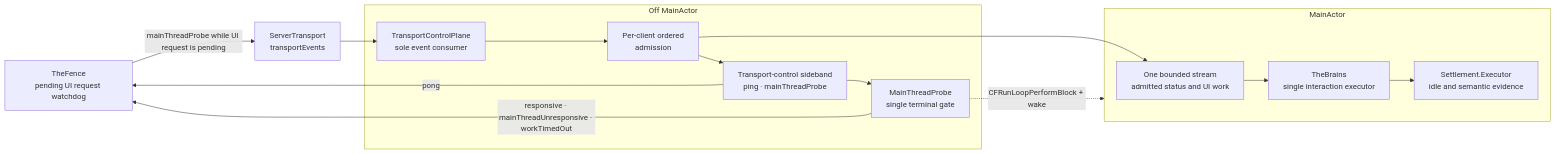
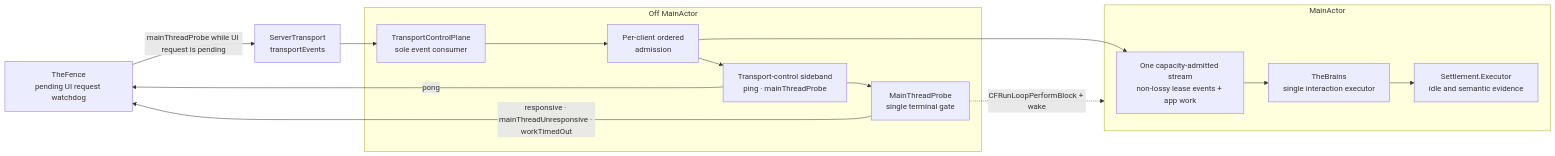
The first of 2 diagrams in docs/diagrams/transport-control-plane.md (RoyalPineapple/TheButtonHeist), drawn with Mermaid before and after one commit. The commit also changed other lines of this file and 19 other files, not shown here.

````diff
--- a/docs/diagrams/transport-control-plane.md
+++ b/docs/diagrams/transport-control-plane.md
@@ -13,30 +13,30 @@
 ```mermaid
 flowchart LR
     FENCE["TheFence<br/>pending UI request watchdog"]
     SOCKET["ServerTransport<br/>transportEvents"]
 
     subgraph offmain["Off MainActor"]
         CONTROL["TransportControlPlane<br/>sole event consumer"]
         ADMISSION["Per-client ordered<br/>admission"]
         SIDEBAND["Transport-control sideband<br/>ping · mainThreadProbe"]
         PROBE["MainThreadProbe<br/>single terminal gate"]
     end
 
     subgraph main["MainActor"]
-        STREAM["One bounded stream<br/>admitted status and UI work"]
+        STREAM["One capacity-admitted stream<br/>non-lossy lease events + app work"]
         BRAINS["TheBrains<br/>single interaction executor"]
         SETTLE["Settlement.Executor<br/>idle and semantic evidence"]
     end
 
     FENCE -- "mainThreadProbe while UI request is pending" --> SOCKET
     SOCKET --> CONTROL
     CONTROL --> ADMISSION
     ADMISSION --> SIDEBAND
     ADMISSION --> STREAM
     SIDEBAND -- "pong" --> FENCE
     SIDEBAND --> PROBE
     PROBE -- "responsive · mainThreadUnresponsive · workTimedOut" --> FENCE
     PROBE -. "CFRunLoopPerformBlock + wake" .-> main
     STREAM --> BRAINS
     BRAINS --> SETTLE
 ```
````
